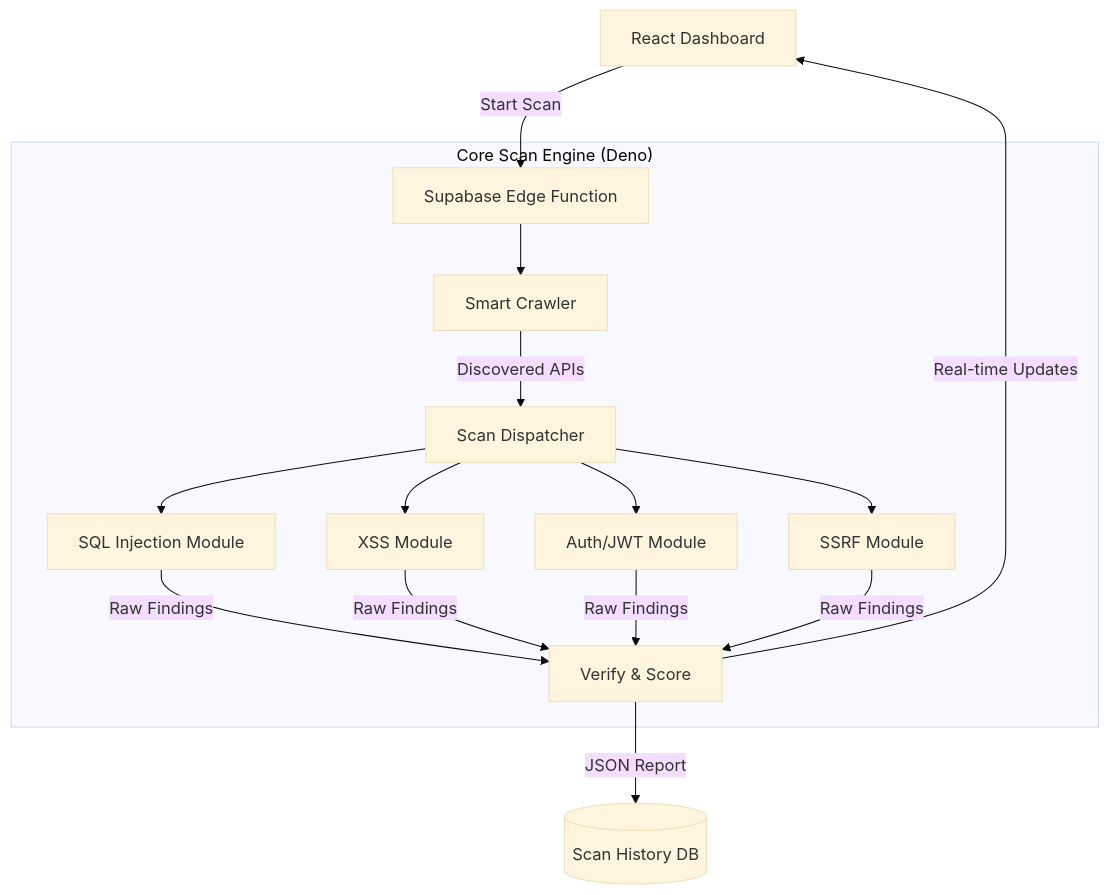
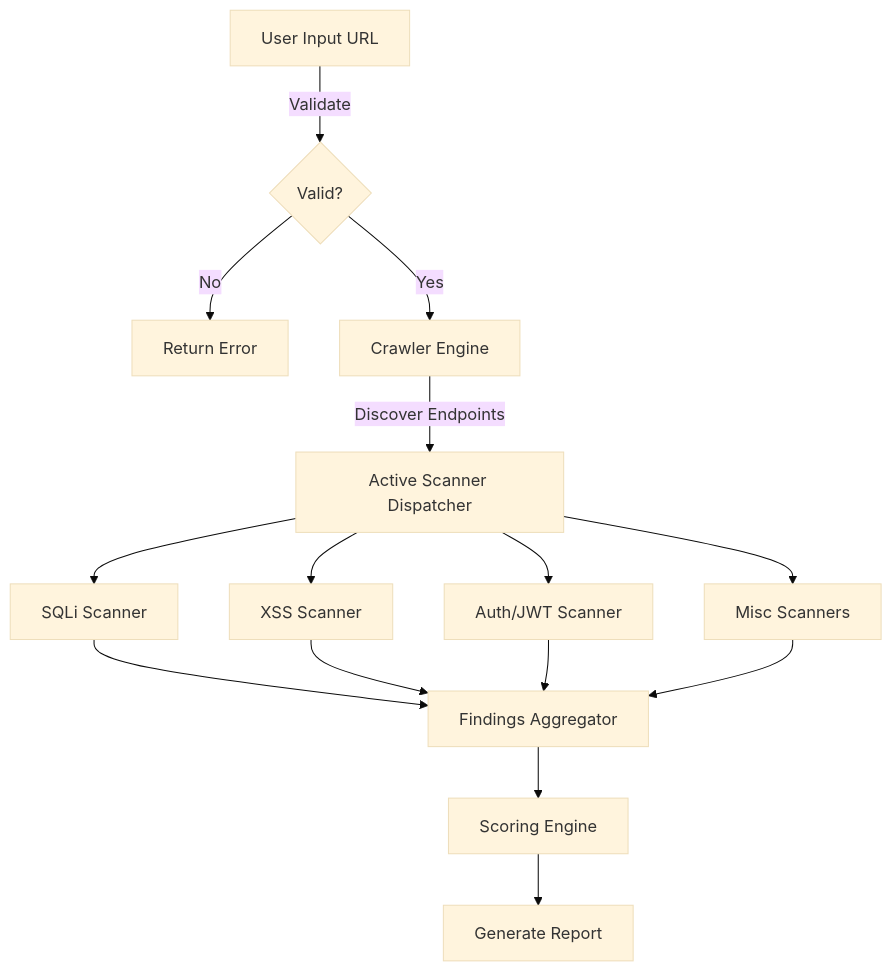
The first of 4 diagrams in README.md (Armaan42/SentinelX), drawn with Mermaid (base theme) before and after one commit. The commit also changed other lines of this file, not shown here.

````diff
--- a/README.md
+++ b/README.md
@@ -96,19 +36,14 @@
 ```mermaid
-graph TB
-    Client[React Dashboard] -->|Start Scan| Gateway[Supabase Edge Function]
-    
-    subgraph "Core Scan Engine (Deno)"
-        Gateway --> Crawler[Smart Crawler]
-        Crawler -->|Discovered APIs| Dispatcher[Scan Dispatcher]
-        
-        Dispatcher --> SQLi[SQL Injection Module]
-        Dispatcher --> XSS[XSS Module]
-        Dispatcher --> Auth[Auth/JWT Module]
-        Dispatcher --> SSRF[SSRF Module]
-        
-        SQLi & XSS & Auth & SSRF -->|Raw Findings| Analyzer[Verify & Score]
-    end
-    
-    Analyzer -->|JSON Report| DB[(Scan History DB)]
-    Analyzer -->|Real-time Updates| Client
+graph TD
+    A[User Input URL] -->|Validate| B{Valid?}
+    B -->|No| Z[Return Error]
+    B -->|Yes| C[Crawler Engine]
+    C -->|Discover Endpoints| D[Active Scanner Dispatcher]
+    D --> E[SQLi Scanner]
+    D --> F[XSS Scanner]
+    D --> G[Auth/JWT Scanner]
+    D --> H[Misc Scanners]
+    E & F & G & H --> I[Findings Aggregator]
+    I --> J[Scoring Engine]
+    J --> K[Generate Report]
 ```
````
